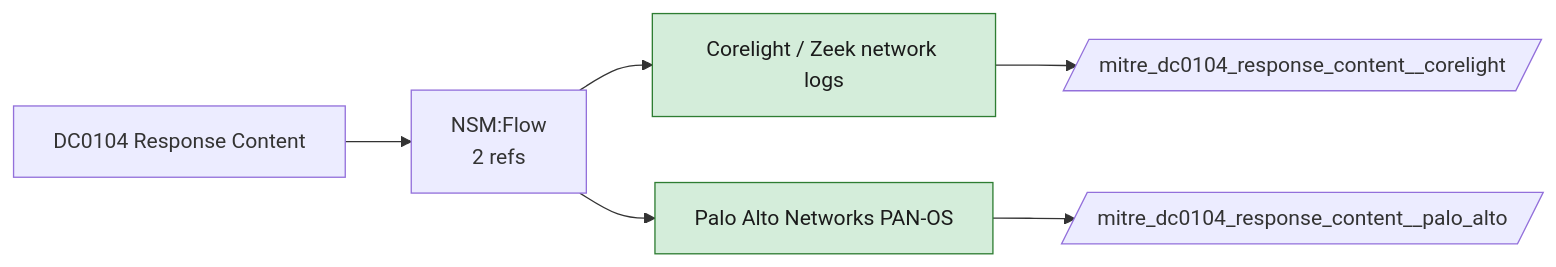
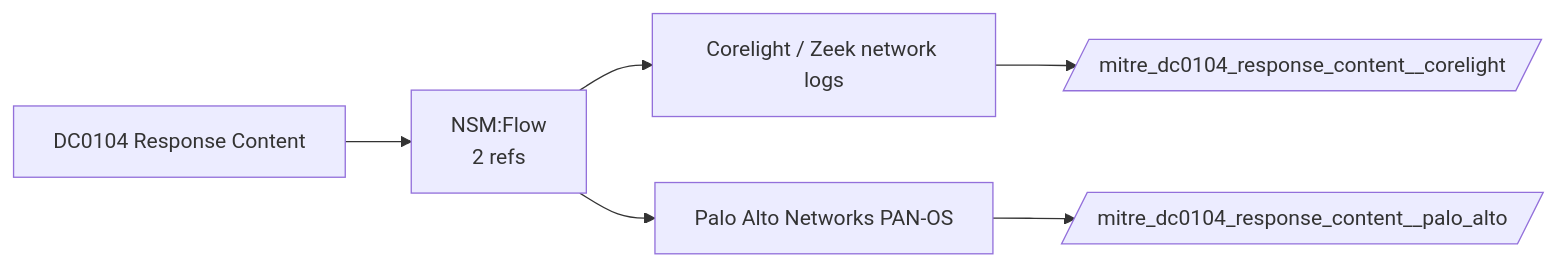
The diagram in docs/data-components/DC0104-response-content.md (dev-nobytes-io/mitre-defensive-mappings-spl), drawn with Mermaid before and after one commit. The commit also changed other lines of this file and 366 other files, not shown here.

````diff
--- a/docs/data-components/DC0104-response-content.md
+++ b/docs/data-components/DC0104-response-content.md
@@ -19,15 +19,11 @@
 ```mermaid
 flowchart LR
   DC["DC0104 Response Content"]
   DC --> LS0["NSM:Flow<br/>2 refs"]
   F_corelight["Corelight / Zeek network logs"]
   LS0 --> F_corelight
   F_palo_alto["Palo Alto Networks PAN-OS"]
   LS0 --> F_palo_alto
   F_corelight --> ET_corelight[/"mitre_dc0104_response_content__corelight"/]
-  class F_corelight live
   F_palo_alto --> ET_palo_alto[/"mitre_dc0104_response_content__palo_alto"/]
-  class F_palo_alto live
-  classDef live fill:#d4edda,stroke:#2e7d32,color:#1b1b1b
-  classDef ready fill:#fff3cd,stroke:#b26a00,color:#1b1b1b
 ```
````
